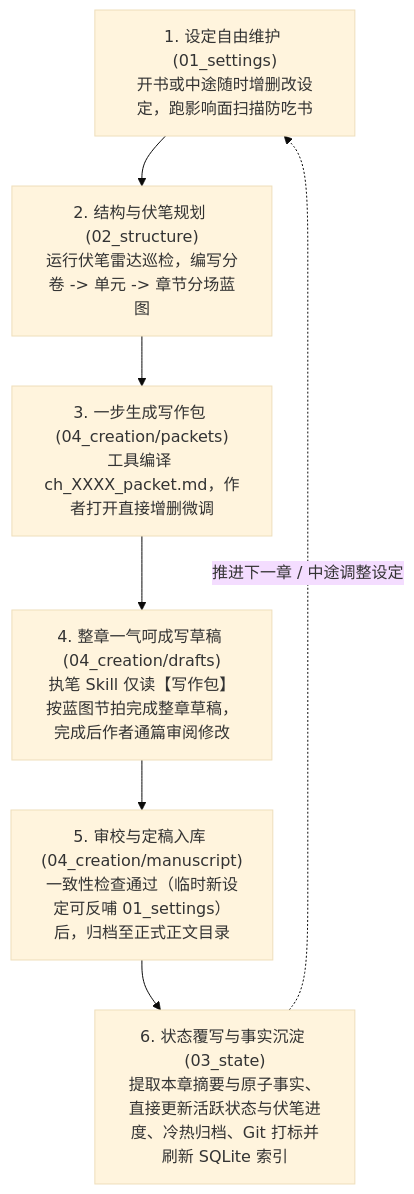
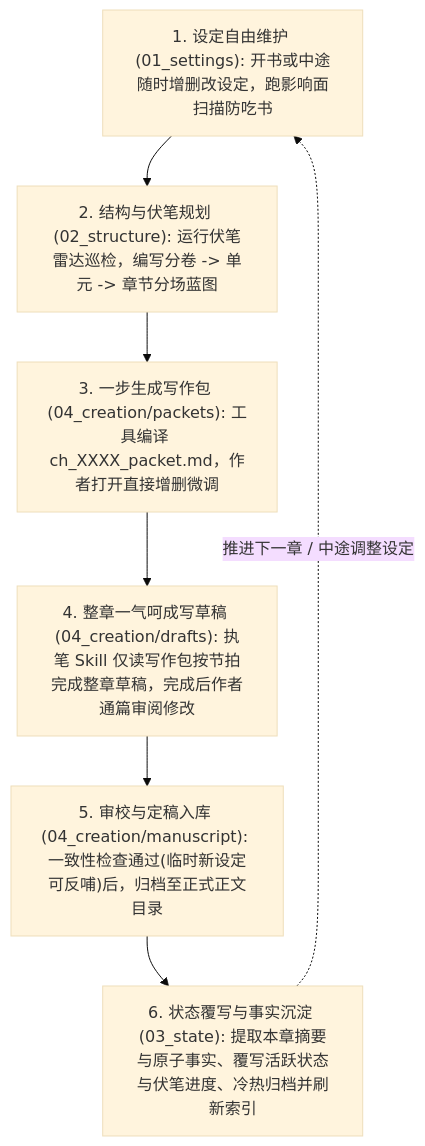
One commit to DDholder/DDNovelGenerater changed the diagram in docs/architecture-blueprint.md. Above: the diagram before and after it, drawn with Mermaid (base theme). The commit also changed other lines of this file and 3 other files, not shown here.

Commit message:
docs: add requirements breakdown, system architecture design, and DAG development roadmap

````diff
--- a/docs/architecture-blueprint.md
+++ b/docs/architecture-blueprint.md
@@ -170,9 +175,9 @@
 ```mermaid
 flowchart TD
-    S1["1. 设定自由维护 (01_settings)<br>开书或中途随时增删改设定，跑影响面扫描防吃书"] --> S2["2. 结构与伏笔规划 (02_structure)<br>运行伏笔雷达巡检，编写分卷 -> 单元 -> 章节分场蓝图"]
-    S2 --> S3["3. 一步生成写作包 (04_creation/packets)<br>工具编译 ch_XXXX_packet.md，作者打开直接增删微调"]
-    S3 --> S4["4. 整章一气呵成写草稿 (04_creation/drafts)<br>执笔 Skill 仅读【写作包】按蓝图节拍完成整章草稿，完成后作者通篇审阅修改"]
-    S4 --> S5["5. 审校与定稿入库 (04_creation/manuscript)<br>一致性检查通过（临时新设定可反哺 01_settings）后，归档至正式正文目录"]
-    S5 --> S6["6. 状态覆写与事实沉淀 (03_state)<br>提取本章摘要与原子事实、直接更新活跃状态与伏笔进度、冷热归档、Git 打标并刷新 SQLite 索引"]
+    S1["1. 设定自由维护 (01_settings): 开书或中途随时增删改设定，跑影响面扫描防吃书"] --> S2["2. 结构与伏笔规划 (02_structure): 运行伏笔雷达巡检，编写分卷 -> 单元 -> 章节分场蓝图"]
+    S2 --> S3["3. 一步生成写作包 (04_creation/packets): 工具编译 ch_XXXX_packet.md，作者打开直接增删微调"]
+    S3 --> S4["4. 整章一气呵成写草稿 (04_creation/drafts): 执笔 Skill 仅读写作包按节拍完成整章草稿，完成后作者通篇审阅修改"]
+    S4 --> S5["5. 审校与定稿入库 (04_creation/manuscript): 一致性检查通过(临时新设定可反哺)后，归档至正式正文目录"]
+    S5 --> S6["6. 状态覆写与事实沉淀 (03_state): 提取本章摘要与原子事实、覆写活跃状态与伏笔进度、冷热归档并刷新索引"]
     S6 -.->|"推进下一章 / 中途调整设定"| S1
 ```
````
